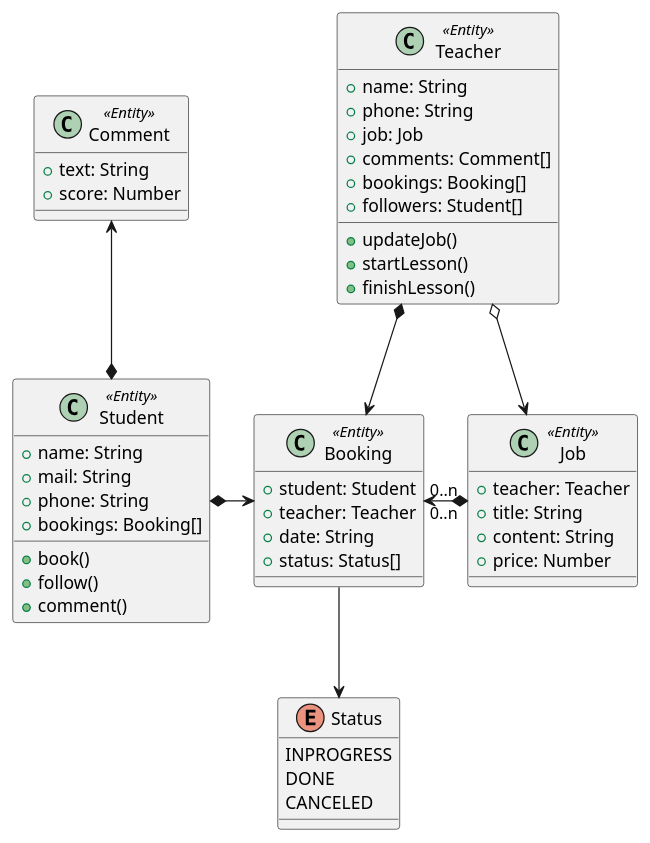
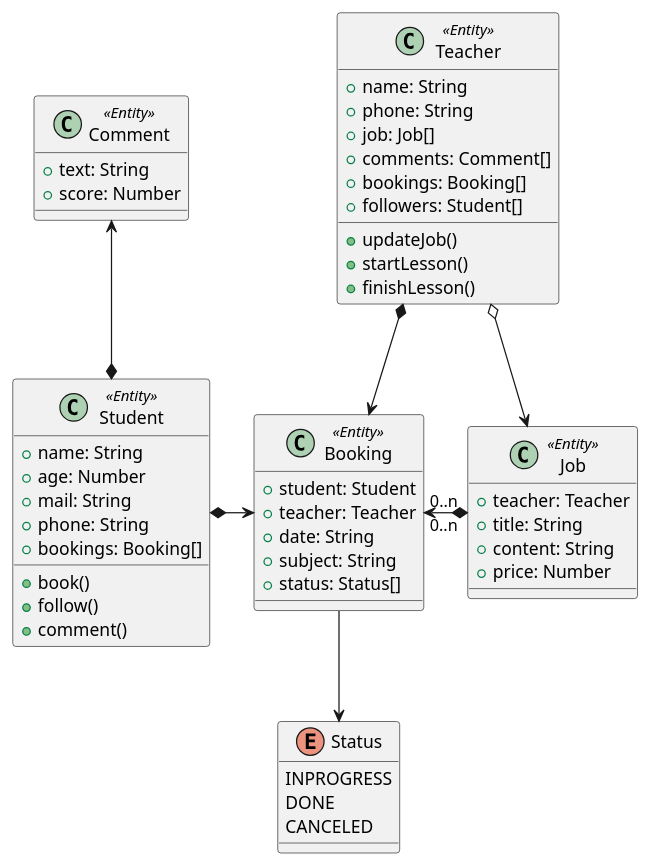
One commit to thehuseyinoglu/freelance-teacher-market changed the diagram in class-diagram.puml. Above: the diagram before and after it, drawn with PlantUML. The commit also changed 9 other files, not shown here.

```diff
--- a/class-diagram.puml
+++ b/class-diagram.puml
@@ -1,58 +1,60 @@
 @startuml FreelanceTeacherMarket
 
 class Student <<Entity>> {
     +name: String
+    +age: Number
     +mail: String
     +phone: String
     +bookings: Booking[]
     +book()
     +follow()
     +comment()
 }
 
 class Teacher <<Entity>> {
     +name: String
     +phone: String
-    +job: Job
+    +job: Job[]
     +comments: Comment[]
     +bookings: Booking[]
     +followers: Student[]
     +updateJob()
     +startLesson()
     +finishLesson()
 }
 
 class Booking <<Entity>> {
     +student: Student
     +teacher: Teacher
     +date: String
+    +subject: String
     +status: Status[]
 }
 
 class Comment <<Entity>> {
     +text: String
     +score: Number
 }
 
 class Job <<Entity>> {
     +teacher: Teacher
     +title: String
     +content: String
     +price: Number
 }
 
 enum Status {
     INPROGRESS
     DONE
     CANCELED
 }
 
 Booking -down-> Status
 Student *-up-> Comment
 Student *-right-> Booking
 Teacher *--> Booking
 Teacher o--> Job
 Job "0..n" *-left-> "0..n" Booking
 
 
 @enduml
```
